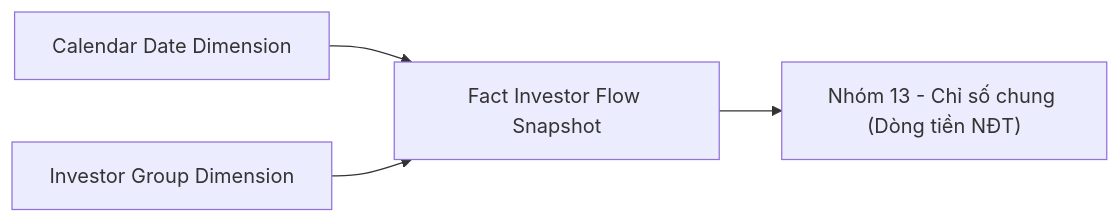
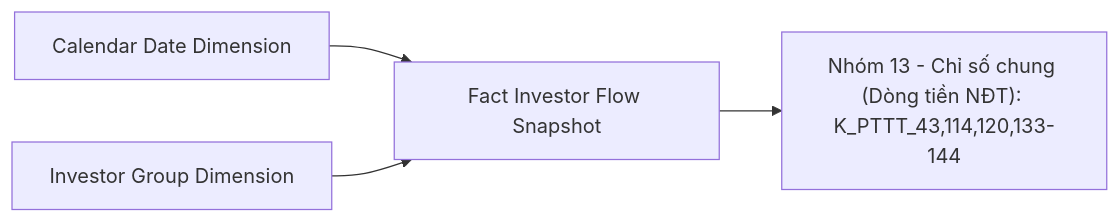
One commit to linhlvit/ubck_atomic_design changed diagram 32 of 53 in Datamart/hld/DTM_PTTT_HLD.md. Above: the diagram before and after it, drawn with Mermaid. The commit also changed other lines of this file and 21 other files, not shown here.

````diff
--- a/Datamart/hld/DTM_PTTT_HLD.md
+++ b/Datamart/hld/DTM_PTTT_HLD.md
@@ -1663,10 +1663,10 @@
 ```mermaid
 flowchart LR
     fct_investor_flow_snpst["Fact Investor Flow Snapshot"]
     cdr_dt_dim["Calendar Date Dimension"]
     investor_group_dim["Investor Group Dimension"]
-    rpt_nhom13["Nhóm 13 - Chỉ số chung (Dòng tiền NĐT)"]
+    rpt_nhom13["Nhóm 13 - Chỉ số chung (Dòng tiền NĐT): K_PTTT_43,114,120,133-144"]
     cdr_dt_dim --> fct_investor_flow_snpst
     investor_group_dim --> fct_investor_flow_snpst
     fct_investor_flow_snpst --> rpt_nhom13
 ```
````
